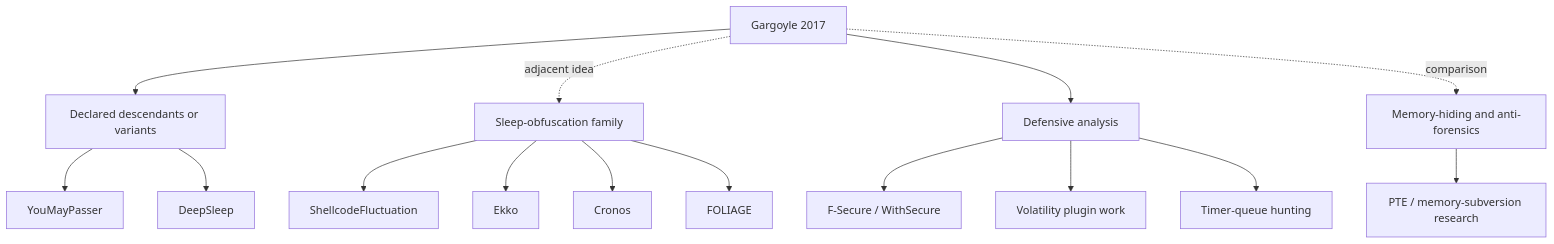
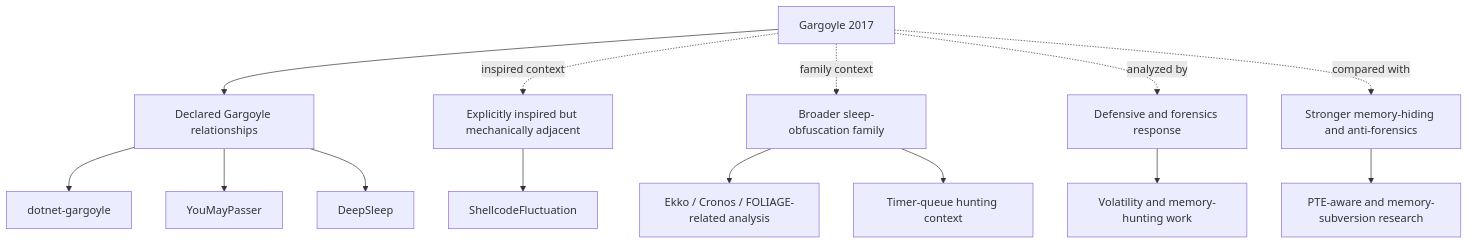
Before and after one commit to JLospinoso/gargoyle: the diagram in docs/research/lineage.md, drawn with Mermaid. The commit also changed other lines of this file and 6 other files, not shown here.

````diff
--- a/docs/research/lineage.md
+++ b/docs/research/lineage.md
@@ -6,18 +7,27 @@
 ```mermaid
 flowchart TD
-    G[Gargoyle 2017]
-    G --> D[Declared descendants or variants]
-    D --> Y[YouMayPasser]
-    D --> DS[DeepSleep]
-    G -. adjacent idea .-> S[Sleep-obfuscation family]
-    S --> SF[ShellcodeFluctuation]
-    S --> E[Ekko]
-    S --> C[Cronos]
-    S --> F[FOLIAGE]
-    G --> DEF[Defensive analysis]
-    DEF --> FS[F-Secure / WithSecure]
-    DEF --> VOL[Volatility plugin work]
-    DEF --> TQ[Timer-queue hunting]
-    G -. comparison .-> AF[Memory-hiding and anti-forensics]
-    AF --> PTE[PTE / memory-subversion research]
+    G["Gargoyle 2017"]
+    D["Declared Gargoyle relationships"]
+    A["Explicitly inspired but mechanically adjacent"]
+    F["Broader sleep-obfuscation family"]
+    R["Defensive and forensics response"]
+    H["Stronger memory-hiding and anti-forensics"]
+
+    G --> D
+    D --> DG["dotnet-gargoyle"]
+    D --> Y["YouMayPasser"]
+    D --> DS["DeepSleep"]
+
+    G -. inspired context .-> A
+    A --> SF["ShellcodeFluctuation"]
+
+    G -. family context .-> F
+    F --> EC["Ekko / Cronos / FOLIAGE-related analysis"]
+    F --> TQ["Timer-queue hunting context"]
+
+    G -. analyzed by .-> R
+    R --> V["Volatility and memory-hunting work"]
+
+    G -. compared with .-> H
+    H --> PTE["PTE-aware and memory-subversion research"]
 ```
````
